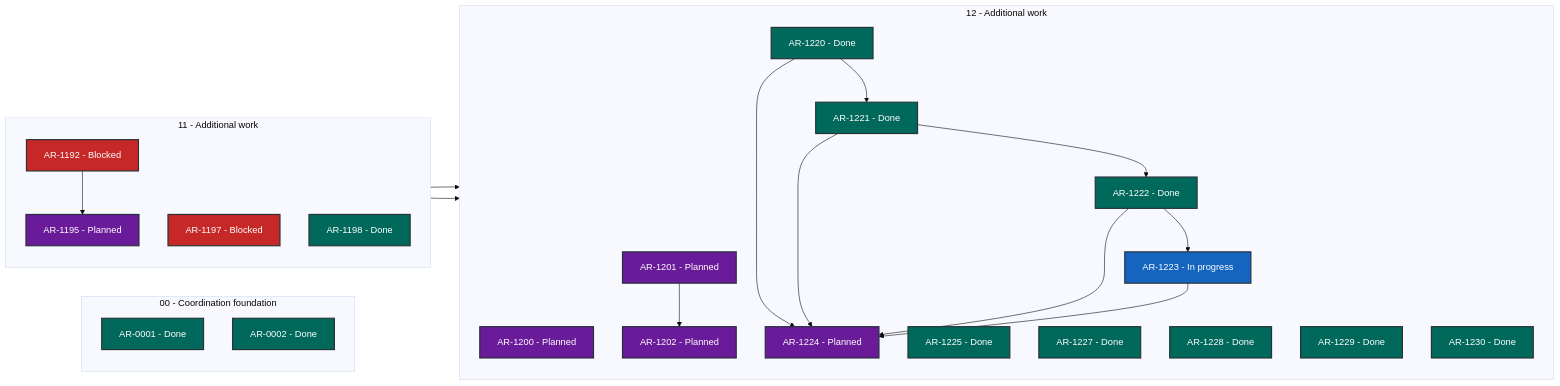
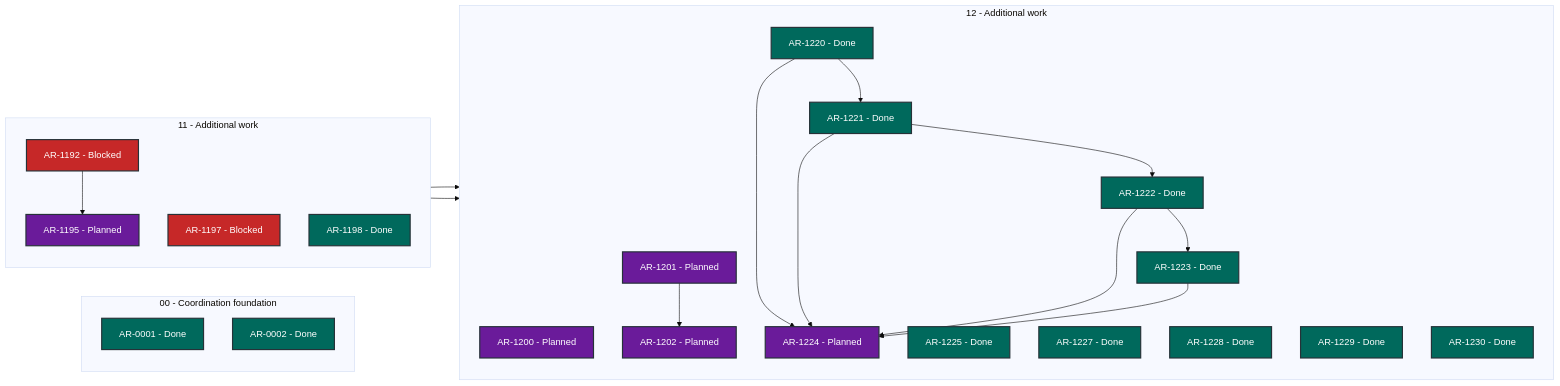
One commit to martin-beck/asb-tui-state changed the diagram in STATUS.md. Above: the diagram before and after it, drawn with Mermaid (base theme). The commit also changed other lines of this file and 2 other files, not shown here.

````diff
--- a/STATUS.md
+++ b/STATUS.md
@@ -27,50 +27,50 @@
 ```mermaid
 flowchart LR
     subgraph series_00["00 - Coordination foundation"]
         direction TB
         AR_0001["AR-0001 - Done"]:::status_done
         AR_0002["AR-0002 - Done"]:::status_done
     end
     subgraph series_11["11 - Additional work"]
         direction TB
         AR_1192["AR-1192 - Blocked"]:::status_blocked
         AR_1195["AR-1195 - Planned"]:::status_planned
         AR_1197["AR-1197 - Blocked"]:::status_blocked
         AR_1198["AR-1198 - Done"]:::status_done
     end
     subgraph series_12["12 - Additional work"]
         direction TB
         AR_1200["AR-1200 - Planned"]:::status_planned
         AR_1201["AR-1201 - Planned"]:::status_planned
         AR_1202["AR-1202 - Planned"]:::status_planned
         AR_1220["AR-1220 - Done"]:::status_done
         AR_1221["AR-1221 - Done"]:::status_done
         AR_1222["AR-1222 - Done"]:::status_done
-        AR_1223["AR-1223 - In progress"]:::status_in_progress
+        AR_1223["AR-1223 - Done"]:::status_done
         AR_1224["AR-1224 - Planned"]:::status_planned
         AR_1225["AR-1225 - Done"]:::status_done
         AR_1227["AR-1227 - Done"]:::status_done
         AR_1228["AR-1228 - Done"]:::status_done
         AR_1229["AR-1229 - Done"]:::status_done
         AR_1230["AR-1230 - Done"]:::status_done
     end
     AR_1192 --> AR_1195
     AR_1195 --> AR_1200
     AR_1197 --> AR_1201
     AR_1201 --> AR_1202
     AR_1220 --> AR_1221
     AR_1220 --> AR_1224
     AR_1221 --> AR_1222
     AR_1221 --> AR_1224
     AR_1222 --> AR_1223
     AR_1222 --> AR_1224
     AR_1223 --> AR_1224
     classDef status_in_progress fill:#1565c0,color:#ffffff,stroke:#263238,stroke-width:2px
     classDef status_open fill:#2e7d32,color:#ffffff,stroke:#263238,stroke-width:2px
     classDef status_blocked fill:#c62828,color:#ffffff,stroke:#263238,stroke-width:2px
     classDef status_planned fill:#6a1b9a,color:#ffffff,stroke:#263238,stroke-width:2px
     classDef status_future fill:#455a64,color:#ffffff,stroke:#263238,stroke-width:2px
     classDef status_done fill:#00695c,color:#ffffff,stroke:#263238,stroke-width:2px
     classDef status_cancelled fill:#616161,color:#ffffff,stroke:#263238,stroke-width:2px
     classDef status_superseded fill:#5d4037,color:#ffffff,stroke:#263238,stroke-width:2px
 ```
````
